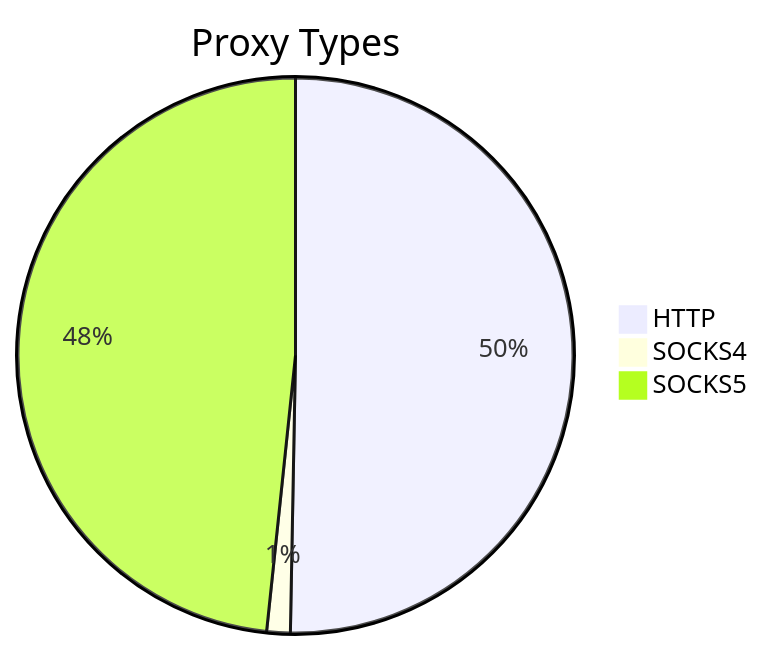
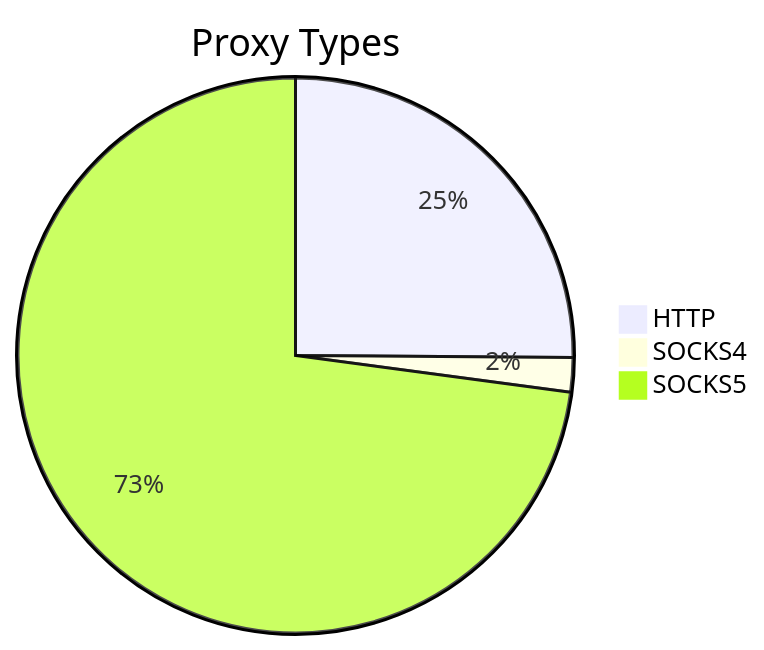
The first of 2 diagrams in README.md (stormsia/proxy-list), drawn with Mermaid before and after one commit. The commit also changed other lines of this file, not shown here.

````diff
--- a/README.md
+++ b/README.md
@@ -21,6 +21,6 @@
 ```mermaid
 pie title Proxy Types
-    "HTTP" : 772
-    "SOCKS4" : 21
-    "SOCKS5" : 742
+    "HTTP" : 502
+    "SOCKS4" : 40
+    "SOCKS5" : 1457
 ```
````
